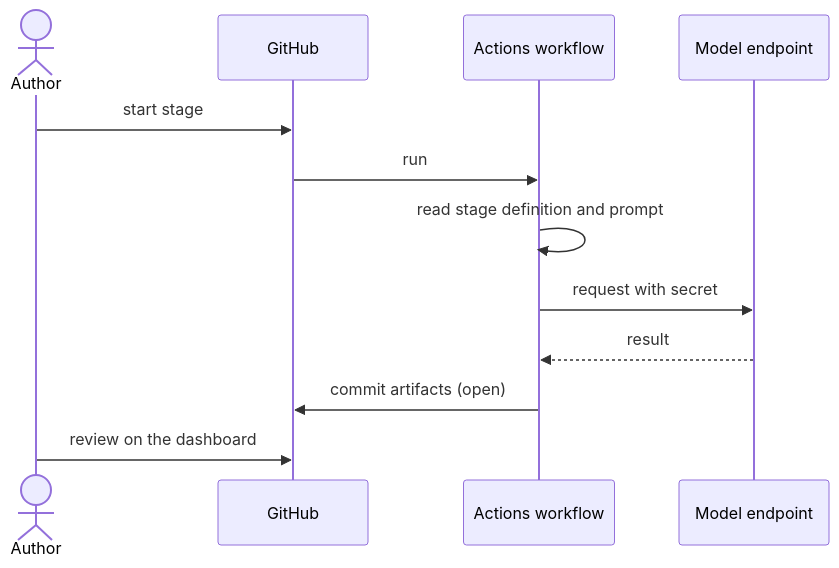
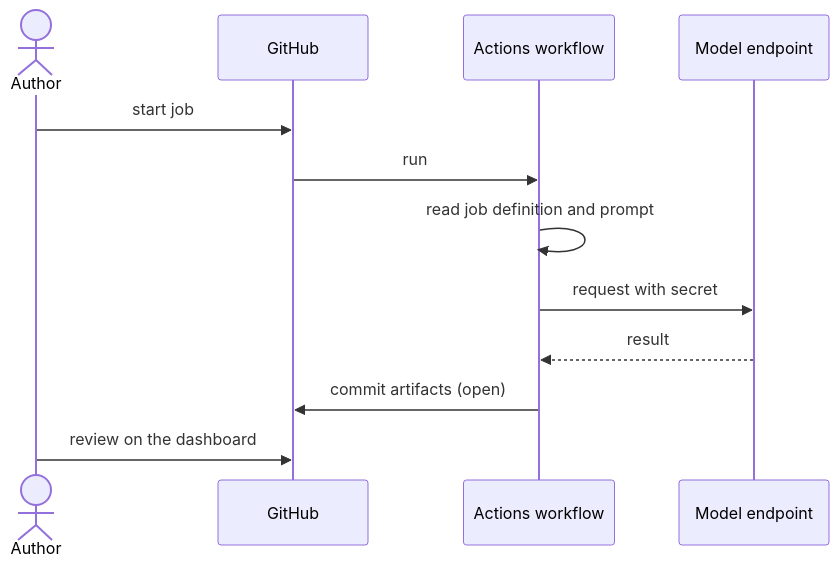
One commit to akmaier/agent-m changed the diagram in docs/use-cases/UC-010-run-a-stage-in-github-actions.md. Above: the diagram before and after it, drawn with Mermaid. The commit also changed other lines of this file and 57 other files, not shown here.

````diff
--- a/docs/use-cases/UC-010-run-a-stage-in-github-actions.md
+++ b/docs/use-cases/UC-010-run-a-stage-in-github-actions.md
@@ -40,14 +40,14 @@
 ```mermaid
 sequenceDiagram
     actor A as Author
     participant G as GitHub
     participant W as Actions workflow
     participant E as Model endpoint
-    A->>G: start stage
+    A->>G: start job
     G->>W: run
-    W->>W: read stage definition and prompt
+    W->>W: read job definition and prompt
     W->>E: request with secret
     E-->>W: result
     W->>G: commit artifacts (open)
     A->>G: review on the dashboard
 ```
````
